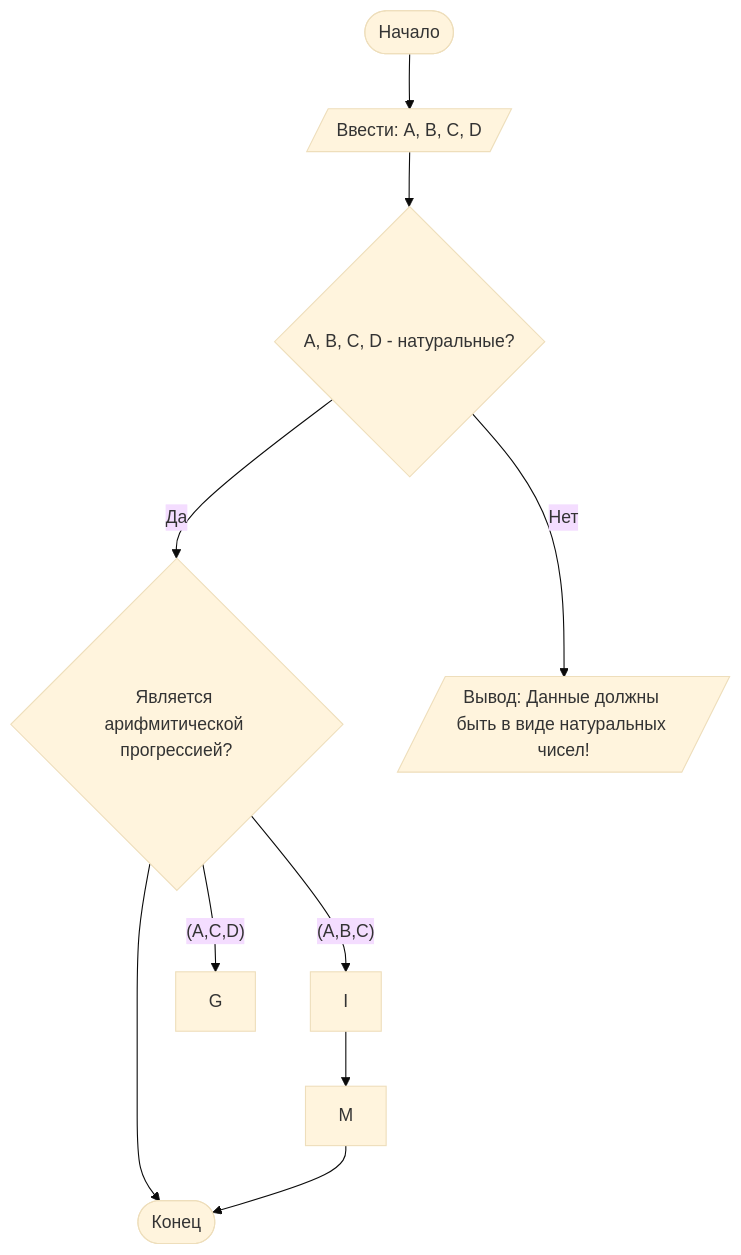
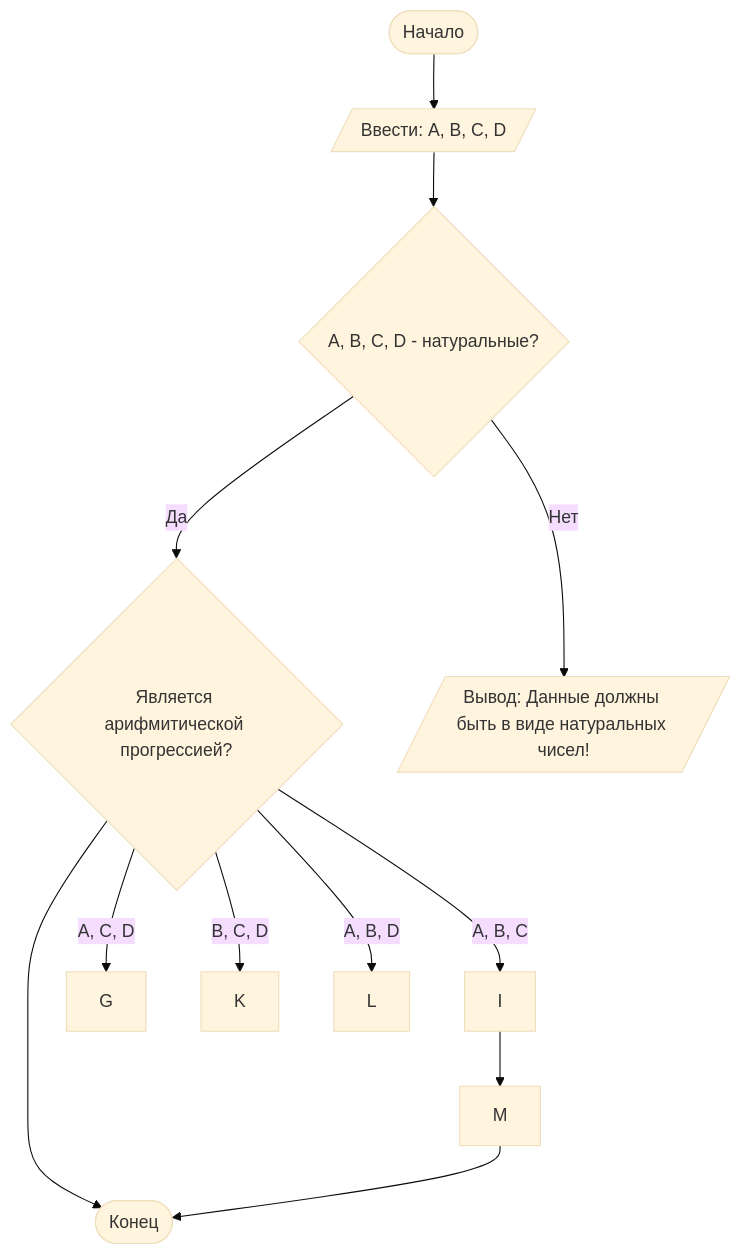
Before and after one commit to Matvey-Kh/Lab1: the diagram in README.md, drawn with Mermaid (base theme).

````diff
--- a/README.md
+++ b/README.md
@@ -92,14 +92,16 @@
 ```mermaid
 graph TD
     A([Начало]) --> B[/Ввести: A, B, C, D/]
     B --> C{A, B, C, D - натуральные?}
     C -- Да --> H{Является арифмитической прогрессией?}
     C -- Нет --> D[/Вывод: Данные должны быть в виде натуральных чисел!/]
-    H -- (A,B,C) --> I
-    H -- (A,C,D) --> G
+    H -- A, B, C --> I
+    H -- A, C, D --> G
+    H -- B, C, D --> K
+    H -- A, B, D --> L
     I --> M
     H --> Z
 
     M --> Z([Конец])
 
 ```
````
